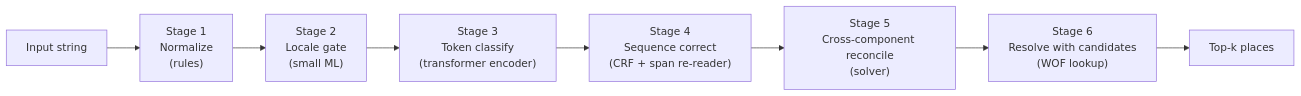
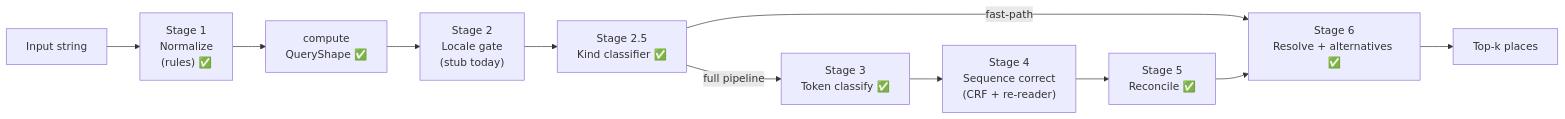
One commit to sister-software/mailwoman changed the diagram in docs/articles/concepts/the-staged-pipeline.md. Above: the diagram before and after it, drawn with Mermaid. The commit also changed other lines of this file and 4 other files, not shown here.

````diff
--- a/docs/articles/concepts/the-staged-pipeline.md
+++ b/docs/articles/concepts/the-staged-pipeline.md
@@ -14,11 +14,14 @@
 ```mermaid
 flowchart LR
     I["Input string"]
-    I --> S1["Stage 1<br>Normalize<br>(rules)"]
-    S1 --> S2["Stage 2<br>Locale gate<br>(small ML)"]
-    S2 --> S3["Stage 3<br>Token classify<br>(transformer encoder)"]
-    S3 --> S4["Stage 4<br>Sequence correct<br>(CRF + span re-reader)"]
-    S4 --> S5["Stage 5<br>Cross-component reconcile<br>(solver)"]
-    S5 --> S6["Stage 6<br>Resolve with candidates<br>(WOF lookup)"]
+    I --> S1["Stage 1<br>Normalize<br>(rules) ✅"]
+    S1 --> QS["compute<br>QueryShape ✅"]
+    QS --> S2["Stage 2<br>Locale gate<br>(stub today)"]
+    S2 --> S25["Stage 2.5<br>Kind classifier ✅"]
+    S25 -->|"fast-path"| S6
+    S25 -->|"full pipeline"| S3["Stage 3<br>Token classify ✅"]
+    S3 --> S4["Stage 4<br>Sequence correct<br>(CRF + re-reader)"]
+    S4 --> S5["Stage 5<br>Reconcile ✅"]
+    S5 --> S6["Stage 6<br>Resolve + alternatives ✅"]
     S6 --> O["Top-k places"]
 ```
````
